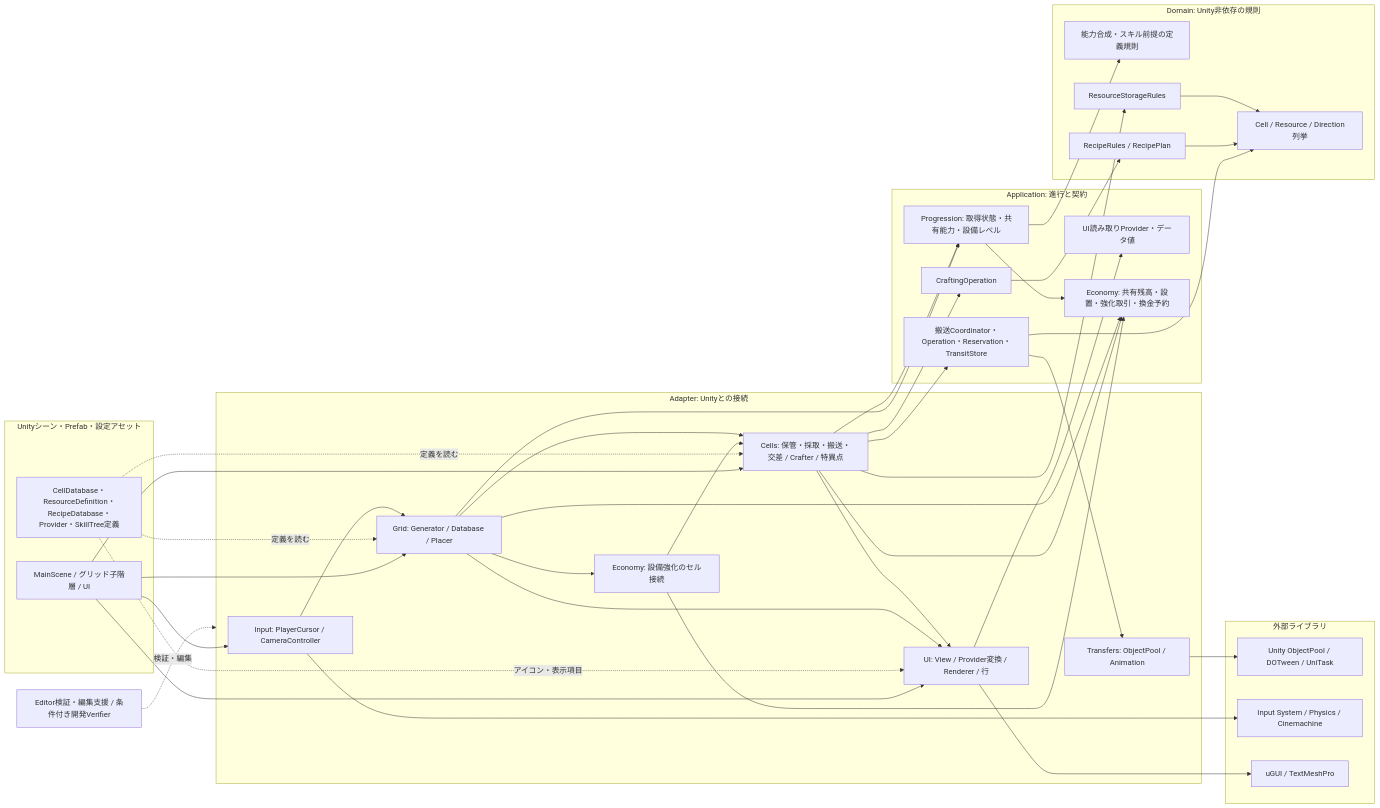
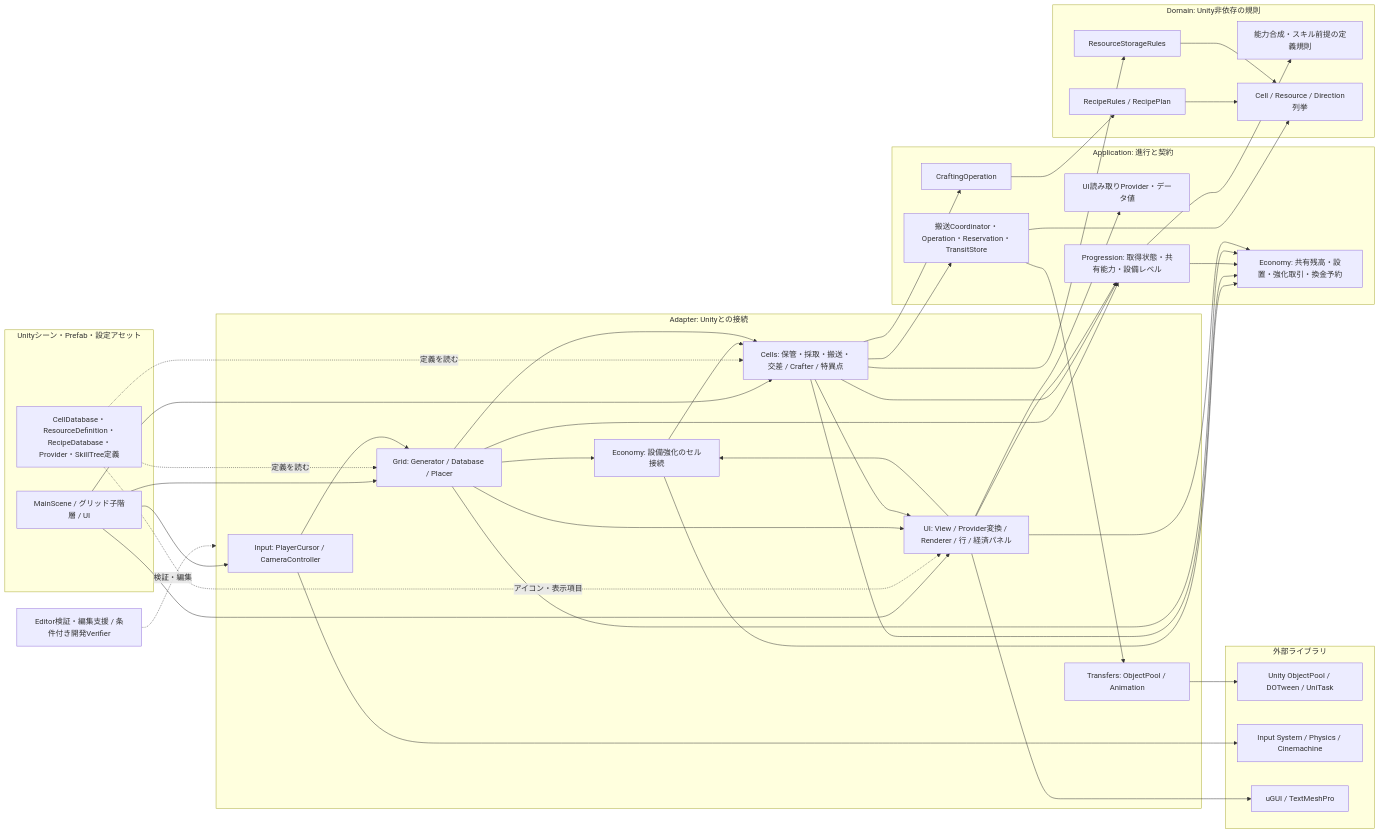
Before and after one commit to AoiTomiyama/FactoryGame: the first of 2 diagrams in docs/design/current-architecture.md, drawn with Mermaid. The commit also changed other lines of this file and 18 other files, not shown here.

````diff
--- a/docs/design/current-architecture.md
+++ b/docs/design/current-architecture.md
@@ -36,66 +36,69 @@
 ```mermaid
 flowchart LR
  subgraph Scene["Unityシーン・Prefab・設定アセット"]
   Main["MainScene / グリッド子階層 / UI"]
   SO["CellDatabase・ResourceDefinition・RecipeDatabase・Provider・SkillTree定義"]
  end
  subgraph Adapter["Adapter: Unityとの接続"]
   Input["Input: PlayerCursor / CameraController"]
   Grid["Grid: Generator / Database / Placer"]
   Upgrade["Economy: 設備強化のセル接続"]
   Cells["Cells: 保管・採取・搬送・交差 / Crafter / 特異点"]
   Presentation["Transfers: ObjectPool / Animation"]
-  UI["UI: View / Provider変換 / Renderer / 行"]
+  UI["UI: View / Provider変換 / Renderer / 行 / 経済パネル"]
  end
  subgraph Application["Application: 進行と契約"]
   Transfer["搬送Coordinator・Operation・Reservation・TransitStore"]
   Craft["CraftingOperation"]
   Read["UI読み取りProvider・データ値"]
   Progression["Progression: 取得状態・共有能力・設備レベル"]
   Economy["Economy: 共有残高・設置・強化取引・換金予約"]
  end
  subgraph Domain["Domain: Unity非依存の規則"]
   Stats["能力合成・スキル前提の定義規則"]
   Storage["ResourceStorageRules"]
   Recipe["RecipeRules / RecipePlan"]
   Enum["Cell / Resource / Direction列挙"]
  end
  Main --> Input
  Main --> Grid
  Main --> Cells
  Main --> UI
  SO -. "定義を読む" .-> Grid
  SO -. "定義を読む" .-> Cells
  SO -. "アイコン・表示項目" .-> UI
  Input --> Grid
  Grid --> Upgrade
  Upgrade --> Cells
  Upgrade --> Economy
  Grid --> Cells
  Grid --> UI
  Cells --> Economy
  Grid --> Progression
  Cells --> Progression
  Progression --> Economy
  Progression --> Stats
  Grid --> Economy
  Cells --> Transfer
  Cells --> Craft
  Cells --> Storage
  Cells --> UI
  UI --> Read
  Transfer --> Presentation
  Transfer --> Enum
  Craft --> Recipe
  Recipe --> Enum
  Storage --> Enum
  Presentation --> External
  Input --> InputLib
  UI --> UILib
  Editor["Editor検証・編集支援 / 条件付き開発Verifier"] -. "検証・編集" .-> Adapter
  subgraph Libraries["外部ライブラリ"]
  External["Unity ObjectPool / DOTween / UniTask"]
  InputLib["Input System / Physics / Cinemachine"]
  UILib["uGUI / TextMeshPro"]
  end
+ UI --> Economy
+ UI --> Progression
+ UI --> Upgrade
 ```
````
